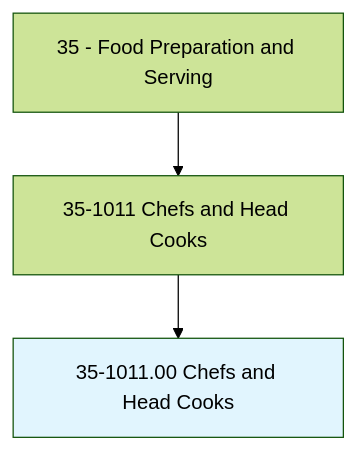
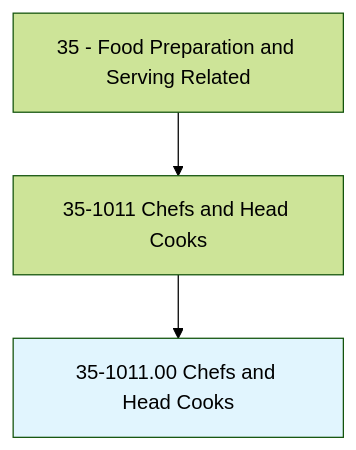
The first of 4 diagrams in occupations/FoodService/ChefsAndHeadCooks.mdx (kziemski/business.org.ai), drawn with Mermaid (forest theme) before and after one commit. The commit also changed other lines of this file and 938 other files, not shown here.

````diff
--- a/occupations/FoodService/ChefsAndHeadCooks.mdx
+++ b/occupations/FoodService/ChefsAndHeadCooks.mdx
@@ -19,6 +23,6 @@
 ```mermaid
 graph TD
-    Cat35["35 - Food Preparation and Serving"] --> Group351011["35-1011 Chefs and Head Cooks"]
+    Cat35["35 - Food Preparation and Serving Related"] --> Group351011["35-1011 Chefs and Head Cooks"]
     Group351011 --> Current["35-1011.00 Chefs and Head Cooks"]
     style Current fill:#e1f5fe
 ```
````
